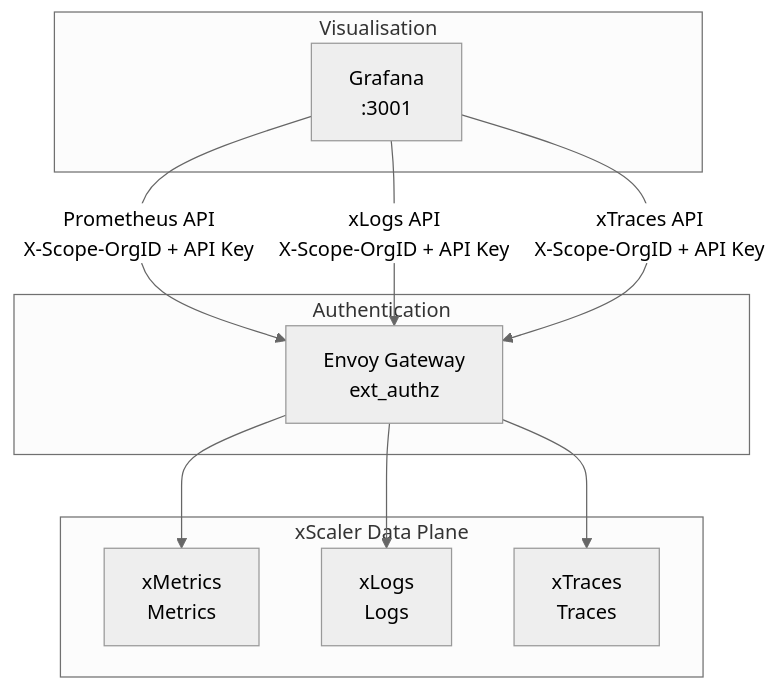
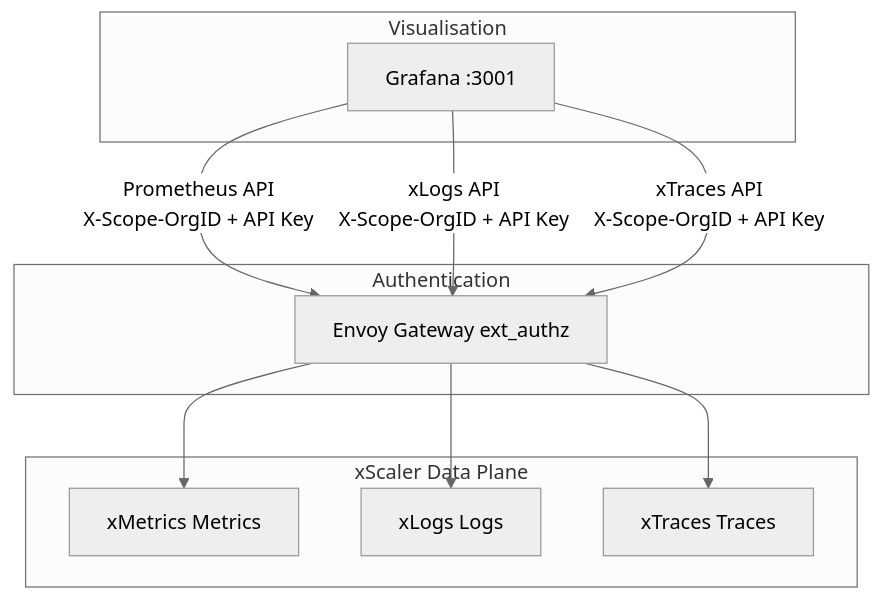
Before and after one commit to xscaler/training: the first of 2 diagrams in docs/session-5/grafana-overview.md, drawn with Mermaid (neutral theme). The commit also changed other lines of this file and 38 other files, not shown here.

First line of the commit message:
Remove internal content, fix Mermaid diagrams, and rewrite labs as customer-facing exercises

````diff
--- a/docs/session-5/grafana-overview.md
+++ b/docs/session-5/grafana-overview.md
@@ -16,19 +16,19 @@
 ```mermaid
 graph TB
     subgraph "Visualisation"
-        GR[Grafana\n:3001]
+        GR[Grafana :3001]
     end
     subgraph "xScaler Data Plane"
-        MI[xMetrics\nMetrics]
-        LO[xLogs\nLogs]
-        TE[xTraces\nTraces]
+        MI[xMetrics Metrics]
+        LO[xLogs Logs]
+        TE[xTraces Traces]
     end
     subgraph "Authentication"
-        ENV[Envoy Gateway\next_authz]
+        ENV[Envoy Gateway ext_authz]
     end
 
     GR -->|Prometheus API\nX-Scope-OrgID + API Key| ENV
     GR -->|xLogs API\nX-Scope-OrgID + API Key| ENV
     GR -->|xTraces API\nX-Scope-OrgID + API Key| ENV
     ENV --> MI & LO & TE
 ```
````
